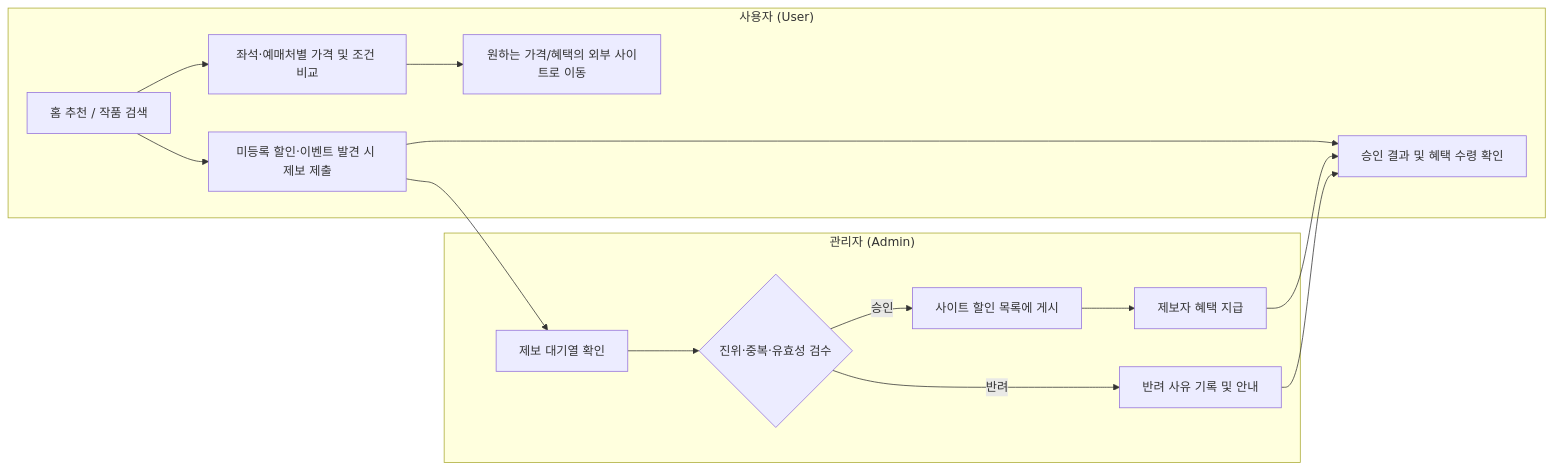
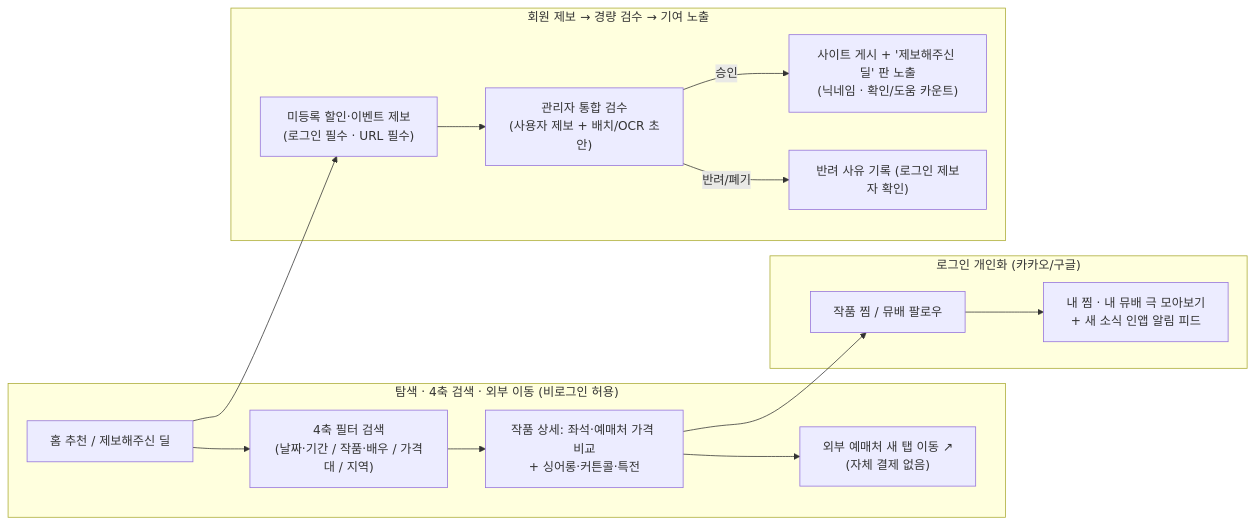
The diagram in PRD.md (enhn16/MuDeal), drawn with Mermaid before and after one commit. The commit also changed other lines of this file and 11 other files, not shown here.

````diff
--- a/PRD.md
+++ b/PRD.md
@@ -52,20 +50,21 @@
 ```mermaid
 flowchart LR
-    subgraph User["사용자 (User)"]
-        U1[홈 추천 / 작품 검색] --> U2[좌석·예매처별 가격 및 조건 비교]
-        U2 --> U3[원하는 가격/혜택의 외부 사이트로 이동]
-        U1 --> U4[미등록 할인·이벤트 발견 시 제보 제출]
-        U4 --> U5[승인 결과 및 혜택 수령 확인]
+    subgraph Explore["탐색 · 4축 검색 · 외부 이동 (비로그인 허용)"]
+        U1["홈 추천 / 제보해주신 딜"] --> U2["4축 필터 검색\n(날짜·기간 / 작품·배우 / 가격대 / 지역)"]
+        U2 --> U3["작품 상세: 좌석·예매처 가격 비교\n+ 싱어롱·커튼콜·특전"]
+        U3 --> U4["외부 예매처 새 탭 이동 ↗\n(자체 결제 없음)"]
     end
 
-    subgraph Admin["관리자 (Admin)"]
-        A1[제보 대기열 확인] --> A2{진위·중복·유효성 검수}
-        A2 -->|승인| A3[사이트 할인 목록에 게시]
-        A3 --> A4[제보자 혜택 지급]
-        A2 -->|반려| A5[반려 사유 기록 및 안내]
+    subgraph Personal["로그인 개인화 (카카오/구글)"]
+        P1["작품 찜 / 뮤배 팔로우"] --> P2["내 찜 · 내 뮤배 극 모아보기\n+ 새 소식 인앱 알림 피드"]
     end
 
-    U4 --> A1
-    A4 --> U5
-    A5 --> U5
+    subgraph Report["회원 제보 → 경량 검수 → 기여 노출"]
+        R1["미등록 할인·이벤트 제보\n(로그인 필수 · URL 필수)"] --> A1["관리자 통합 검수\n(사용자 제보 + 배치/OCR 초안)"]
+        A1 -->|승인| R2["사이트 게시 + '제보해주신 딜' 판 노출\n(닉네임 · 확인/도움 카운트)"]
+        A1 -->|반려/폐기| A2["반려 사유 기록 (로그인 제보자 확인)"]
+    end
+
+    U3 --> P1
+    U1 --> R1
 ```
````
